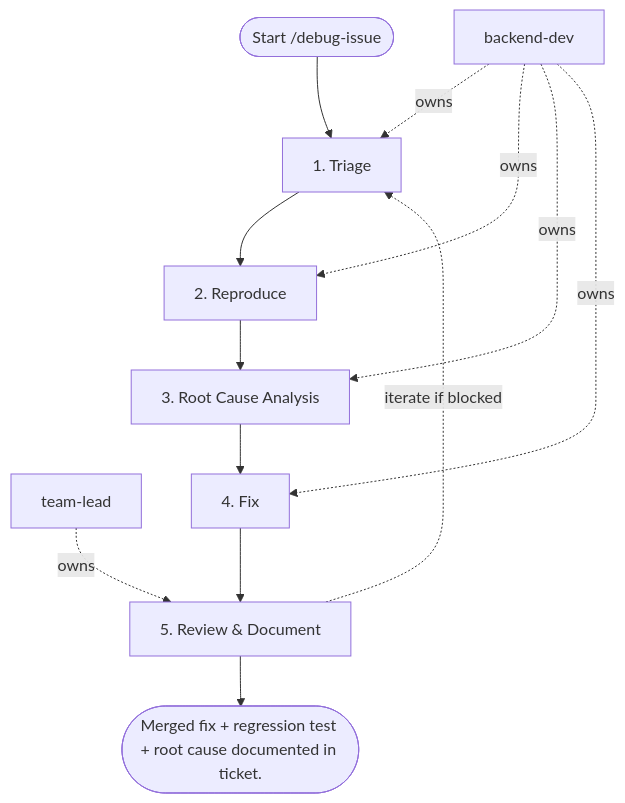
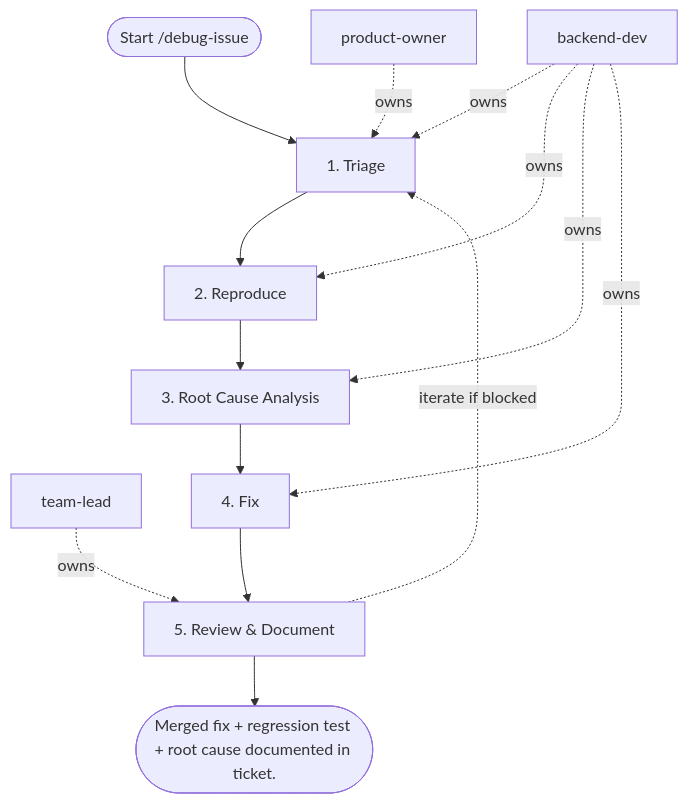
Before and after one commit to sawrus/agent-guides: the diagram in areas/software/full-stack/workflows/debug-issue.md, drawn with Mermaid. The commit also changed other lines of this file and 76 other files, not shown here.

Commit message:
Standardize workflow product owner initiation

````diff
--- a/areas/software/full-stack/workflows/debug-issue.md
+++ b/areas/software/full-stack/workflows/debug-issue.md
@@ -69,24 +69,26 @@
 ```mermaid
 flowchart TD
   start(["Start /debug-issue"])
-  role_1["backend-dev"]
-  role_2["team-lead"]
+  role_1["product-owner"]
+  role_2["backend-dev"]
+  role_3["team-lead"]
   step_1["1. Triage"]
   step_2["2. Reproduce"]
   step_3["3. Root Cause Analysis"]
   step_4["4. Fix"]
   step_5["5. Review & Document"]
   exit(["Merged fix + regression test + root cause documented in ticket."])
   start --> step_1
   step_1 --> step_2
   step_2 --> step_3
   step_3 --> step_4
   step_4 --> step_5
   step_5 --> exit
   role_1 -. owns .-> step_1
-  role_1 -. owns .-> step_2
-  role_1 -. owns .-> step_3
-  role_1 -. owns .-> step_4
-  role_2 -. owns .-> step_5
+  role_2 -. owns .-> step_1
+  role_2 -. owns .-> step_2
+  role_2 -. owns .-> step_3
+  role_2 -. owns .-> step_4
+  role_3 -. owns .-> step_5
   step_5 -. iterate if blocked .-> step_1
 ```
````
